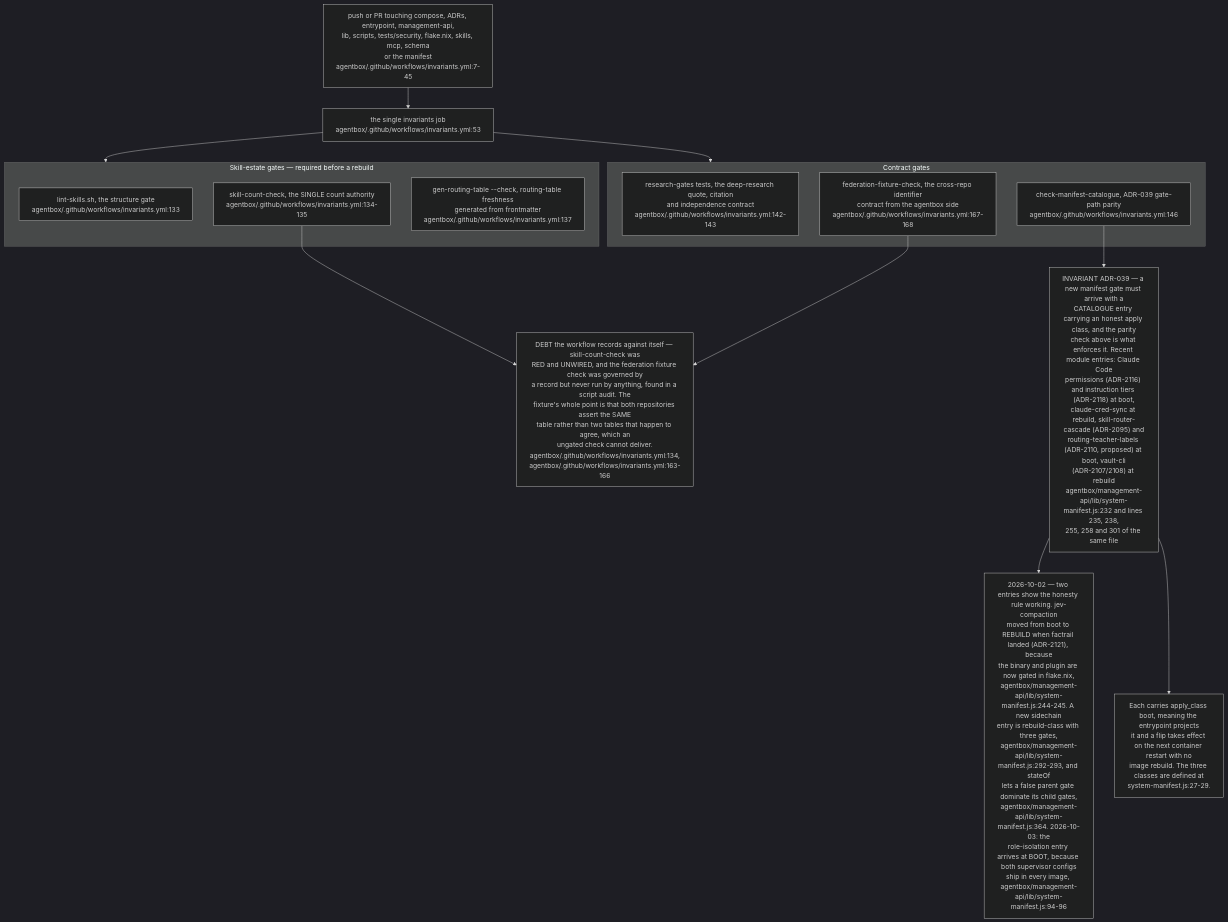
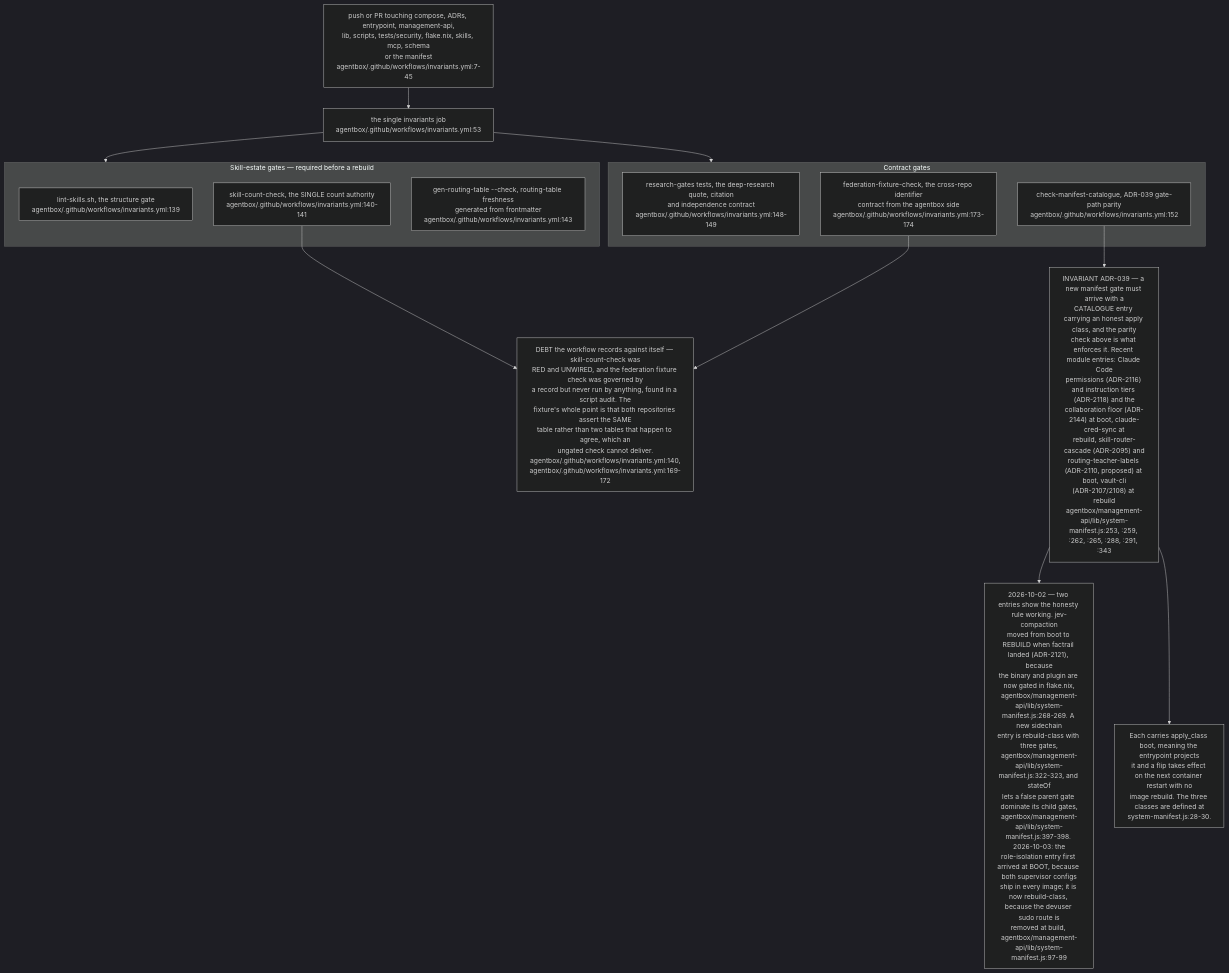
Diagram 22 of 24 in docs/diagrams/estate/09-build-deploy-and-ci-estate.md (DreamLab-AI/VisionFlow), drawn with Mermaid (dark theme) before and after one commit. The commit also changed other lines of this file and 160 other files, not shown here.

````diff
--- a/docs/diagrams/estate/09-build-deploy-and-ci-estate.md
+++ b/docs/diagrams/estate/09-build-deploy-and-ci-estate.md
@@ -745,32 +758,32 @@
 ```mermaid
 flowchart TB
     TRIG["push or PR touching compose, ADRs, entrypoint, management-api,<br/>lib, scripts, tests/security, flake.nix, skills, mcp, schema<br/>or the manifest<br/>agentbox/.github/workflows/invariants.yml:7-45"]
     JOB["the single invariants job<br/>agentbox/.github/workflows/invariants.yml:53"]
     TRIG --> JOB
 
     subgraph SKILLS["Skill-estate gates — required before a rebuild"]
-        S1["lint-skills.sh, the structure gate<br/>agentbox/.github/workflows/invariants.yml:133"]
-        S2["skill-count-check, the SINGLE count authority<br/>agentbox/.github/workflows/invariants.yml:134-135"]
-        S3["gen-routing-table --check, routing-table freshness<br/>generated from frontmatter<br/>agentbox/.github/workflows/invariants.yml:137"]
+        S1["lint-skills.sh, the structure gate<br/>agentbox/.github/workflows/invariants.yml:139"]
+        S2["skill-count-check, the SINGLE count authority<br/>agentbox/.github/workflows/invariants.yml:140-141"]
+        S3["gen-routing-table --check, routing-table freshness<br/>generated from frontmatter<br/>agentbox/.github/workflows/invariants.yml:143"]
     end
     JOB --> SKILLS
 
     subgraph CONTRACT["Contract gates"]
-        C1["research-gates tests, the deep-research quote, citation<br/>and independence contract<br/>agentbox/.github/workflows/invariants.yml:142-143"]
-        C2["check-manifest-catalogue, ADR-039 gate-path parity<br/>agentbox/.github/workflows/invariants.yml:146"]
-        C3["federation-fixture-check, the cross-repo identifier<br/>contract from the agentbox side<br/>agentbox/.github/workflows/invariants.yml:167-168"]
+        C1["research-gates tests, the deep-research quote, citation<br/>and independence contract<br/>agentbox/.github/workflows/invariants.yml:148-149"]
+        C2["check-manifest-catalogue, ADR-039 gate-path parity<br/>agentbox/.github/workflows/invariants.yml:152"]
+        C3["federation-fixture-check, the cross-repo identifier<br/>contract from the agentbox side<br/>agentbox/.github/workflows/invariants.yml:173-174"]
     end
     JOB --> CONTRACT
 
-    DEBT["DEBT the workflow records against itself — skill-count-check was<br/>RED and UNWIRED, and the federation fixture check was governed by<br/>a record but never run by anything, found in a script audit. The<br/>fixture's whole point is that both repositories assert the SAME<br/>table rather than two tables that happen to agree, which an<br/>ungated check cannot deliver.<br/>agentbox/.github/workflows/invariants.yml:134,<br/>agentbox/.github/workflows/invariants.yml:163-166"]
+    DEBT["DEBT the workflow records against itself — skill-count-check was<br/>RED and UNWIRED, and the federation fixture check was governed by<br/>a record but never run by anything, found in a script audit. The<br/>fixture's whole point is that both repositories assert the SAME<br/>table rather than two tables that happen to agree, which an<br/>ungated check cannot deliver.<br/>agentbox/.github/workflows/invariants.yml:140,<br/>agentbox/.github/workflows/invariants.yml:169-172"]
     S2 --> DEBT
     C3 --> DEBT
 
-    CAT["INVARIANT ADR-039 — a new manifest gate must arrive with a<br/>CATALOGUE entry carrying an honest apply class, and the parity<br/>check above is what enforces it. Recent module entries: Claude Code<br/>permissions (ADR-2116) and instruction tiers (ADR-2118) at boot,<br/>claude-cred-sync at rebuild, skill-router-cascade (ADR-2095) and<br/>routing-teacher-labels (ADR-2110, proposed) at boot, vault-cli<br/>(ADR-2107/2108) at rebuild<br/>agentbox/management-api/lib/system-manifest.js:232 and lines 235, 238,<br/>255, 258 and 301 of the same file"]
-    HONEST["2026-10-02 — two entries show the honesty rule working. jev-compaction<br/>moved from boot to REBUILD when factrail landed (ADR-2121), because<br/>the binary and plugin are now gated in flake.nix,<br/>agentbox/management-api/lib/system-manifest.js:244-245. A new sidechain<br/>entry is rebuild-class with three gates,<br/>agentbox/management-api/lib/system-manifest.js:292-293, and stateOf<br/>lets a false parent gate dominate its child gates,<br/>agentbox/management-api/lib/system-manifest.js:364. 2026-10-03: the<br/>role-isolation entry arrives at BOOT, because both supervisor configs<br/>ship in every image, agentbox/management-api/lib/system-manifest.js:94-96"]
+    CAT["INVARIANT ADR-039 — a new manifest gate must arrive with a<br/>CATALOGUE entry carrying an honest apply class, and the parity<br/>check above is what enforces it. Recent module entries: Claude Code<br/>permissions (ADR-2116) and instruction tiers (ADR-2118) and the<br/>collaboration floor (ADR-2144) at boot, claude-cred-sync at<br/>rebuild, skill-router-cascade (ADR-2095) and<br/>routing-teacher-labels (ADR-2110, proposed) at boot, vault-cli<br/>(ADR-2107/2108) at rebuild<br/>agentbox/management-api/lib/system-manifest.js:253, :259, :262, :265, :288, :291, :343"]
+    HONEST["2026-10-02 — two entries show the honesty rule working. jev-compaction<br/>moved from boot to REBUILD when factrail landed (ADR-2121), because<br/>the binary and plugin are now gated in flake.nix,<br/>agentbox/management-api/lib/system-manifest.js:268-269. A new sidechain<br/>entry is rebuild-class with three gates,<br/>agentbox/management-api/lib/system-manifest.js:322-323, and stateOf<br/>lets a false parent gate dominate its child gates,<br/>agentbox/management-api/lib/system-manifest.js:397-398. 2026-10-03: the<br/>role-isolation entry first arrived at BOOT, because both supervisor configs<br/>ship in every image; it is now rebuild-class, because the devuser sudo route is<br/>removed at build, agentbox/management-api/lib/system-manifest.js:97-99"]
     CAT --> HONEST
     C2 --> CAT
 
-    CLASS["Each carries apply_class boot, meaning the entrypoint projects<br/>it and a flip takes effect on the next container restart with no<br/>image rebuild. The three classes are defined at<br/>system-manifest.js:27-29."]
+    CLASS["Each carries apply_class boot, meaning the entrypoint projects<br/>it and a flip takes effect on the next container restart with no<br/>image rebuild. The three classes are defined at<br/>system-manifest.js:28-30."]
     CAT --> CLASS
 ```
````
